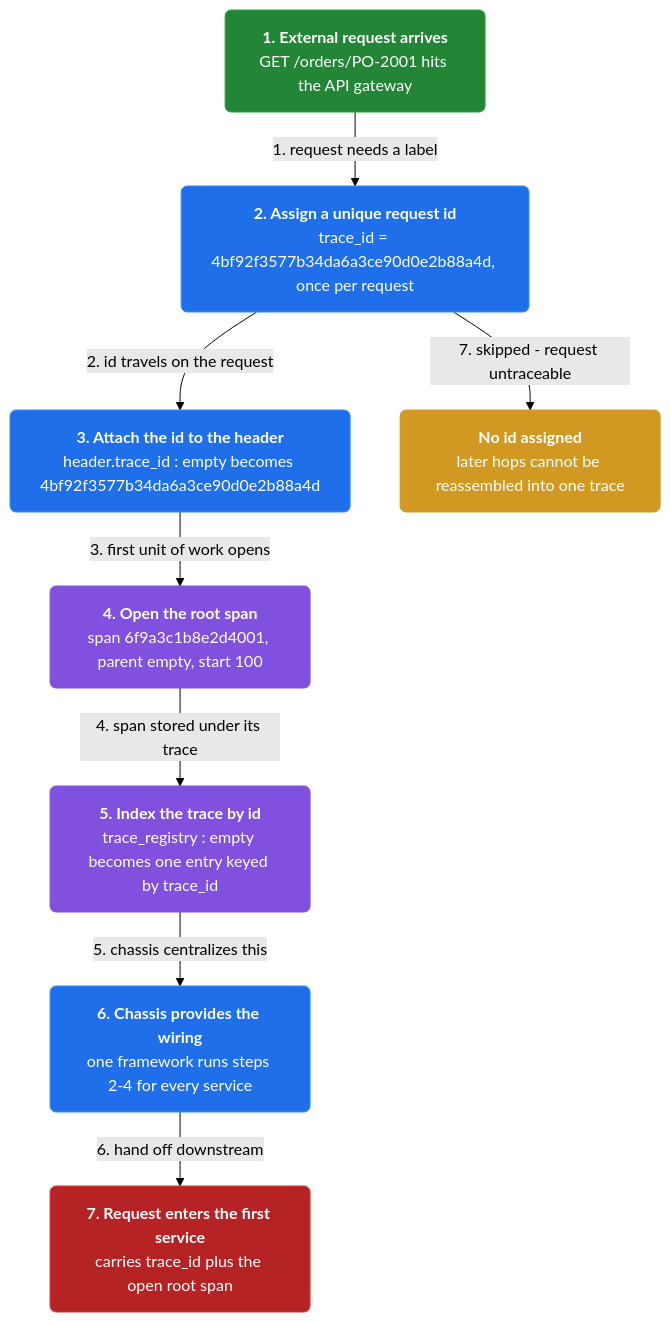
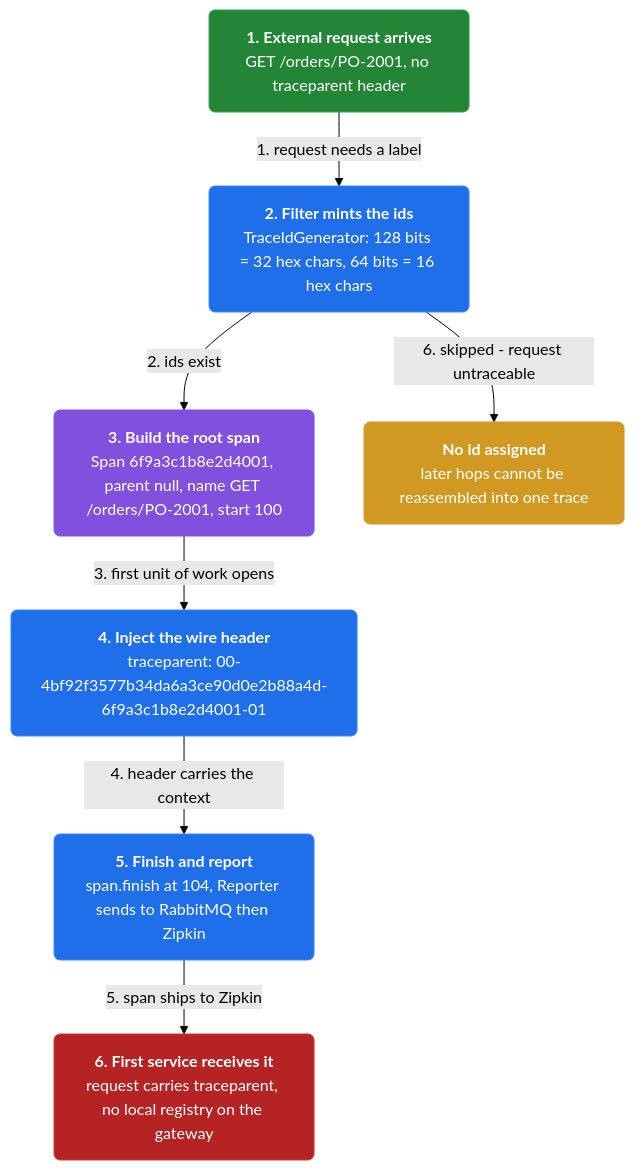
The first of 9 diagrams in docs/ch33-distributed-tracing.md (vinayakuber/microservices-io-study-guide), drawn with Mermaid (forest theme) before and after one commit. The commit also changed other lines of this file and 2 other files, not shown here.

````diff
--- a/docs/ch33-distributed-tracing.md
+++ b/docs/ch33-distributed-tracing.md
@@ -13,23 +13,21 @@
 ```mermaid
 flowchart TD
   classDef step fill:#1f6feb,color:#ffffff,stroke:#388bfd,rx:6
   classDef core fill:#8250df,color:#ffffff,stroke:#8250df,rx:6
   classDef warn fill:#d29922,color:#ffffff,stroke:#d29922,rx:6
   classDef start fill:#238636,color:#ffffff,stroke:#2ea043,rx:6
   classDef stop fill:#b62324,color:#ffffff,stroke:#da3633,rx:6
-  n0["<b>1. External request arrives</b><br/>GET /orders/PO-2001 hits the API gateway"]:::start
-  n1["<b>2. Assign a unique request id</b><br/>trace_id = 4bf92f3577b34da6a3ce90d0e2b88a4d, once per request"]:::step
-  n2["<b>3. Attach the id to the header</b><br/>header.trace_id : empty becomes 4bf92f3577b34da6a3ce90d0e2b88a4d"]:::step
-  n3["<b>4. Open the root span</b><br/>span 6f9a3c1b8e2d4001, parent empty, start 100"]:::core
-  n4["<b>5. Index the trace by id</b><br/>trace_registry : empty becomes one entry keyed by trace_id"]:::core
-  n5["<b>6. Chassis provides the wiring</b><br/>one framework runs steps 2-4 for every service"]:::step
-  n6["<b>7. Request enters the first service</b><br/>carries trace_id plus the open root span"]:::stop
-  n7["<b>No id assigned</b><br/>later hops cannot be reassembled into one trace"]:::warn
+  n0["<b>1. External request arrives</b><br/>GET /orders/PO-2001, no traceparent header"]:::start
+  n1["<b>2. Filter mints the ids</b><br/>TraceIdGenerator: 128 bits = 32 hex chars, 64 bits = 16 hex chars"]:::step
+  n2["<b>3. Build the root span</b><br/>Span 6f9a3c1b8e2d4001, parent null, name GET /orders/PO-2001, start 100"]:::core
+  n3["<b>4. Inject the wire header</b><br/>traceparent: 00-4bf92f3577b34da6a3ce90d0e2b88a4d-6f9a3c1b8e2d4001-01"]:::step
+  n4["<b>5. Finish and report</b><br/>span.finish at 104, Reporter sends to RabbitMQ then Zipkin"]:::step
+  n5["<b>6. First service receives it</b><br/>request carries traceparent, no local registry on the gateway"]:::stop
+  n6["<b>No id assigned</b><br/>later hops cannot be reassembled into one trace"]:::warn
   n0 -->|"1. request needs a label"| n1
-  n1 -->|"2. id travels on the request"| n2
+  n1 -->|"2. ids exist"| n2
   n2 -->|"3. first unit of work opens"| n3
-  n3 -->|"4. span stored under its trace"| n4
-  n4 -->|"5. chassis centralizes this"| n5
-  n5 -->|"6. hand off downstream"| n6
-  n1 -->|"7. skipped - request untraceable"| n7
+  n3 -->|"4. header carries the context"| n4
+  n4 -->|"5. span ships to Zipkin"| n5
+  n1 -->|"6. skipped - request untraceable"| n6
 ```
````
